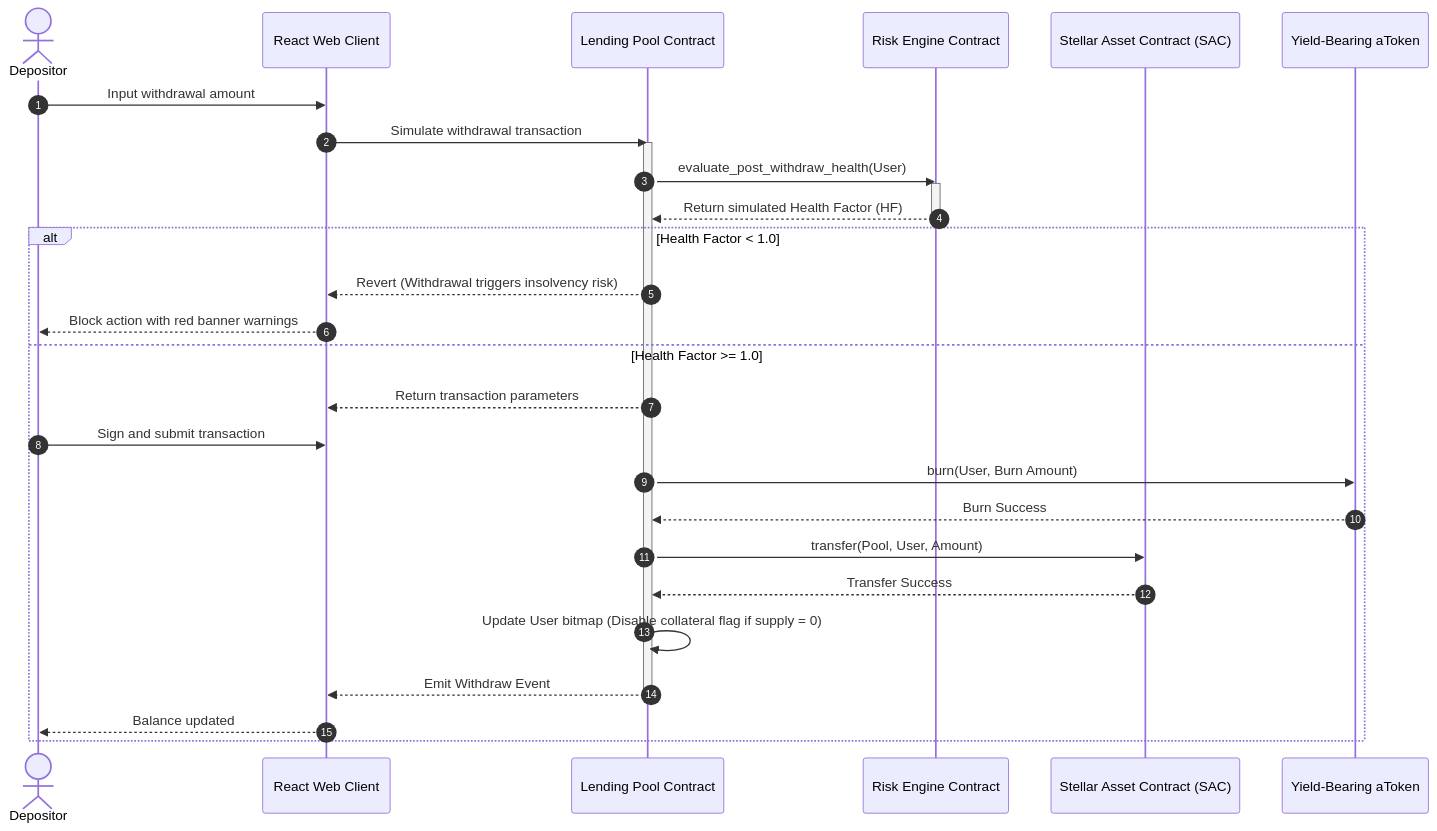
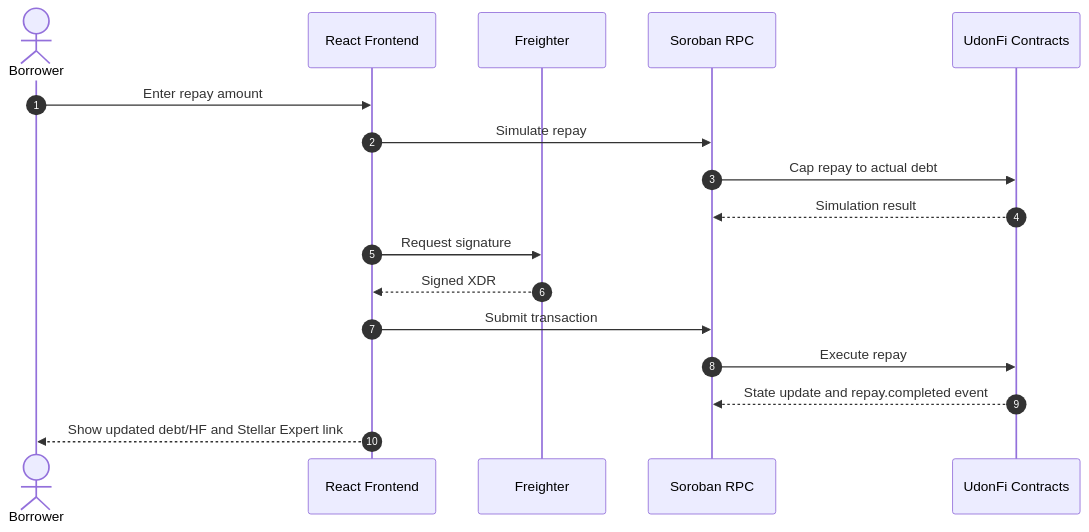
The fourth of 5 diagrams in docs/04-business-flows.md (TheAnh1404/UdonFi), drawn with Mermaid before and after one commit. The commit also changed other lines of this file and 191 other files, not shown here.

Commit message:
feat(core): implement core lending modules, withdraw logic, and update documentation

````diff
--- a/docs/04-business-flows.md
+++ b/docs/04-business-flows.md
@@ -114,34 +88,20 @@
 ```mermaid
 sequenceDiagram
     autonumber
-    actor User as Depositor
-    participant UI as React Web Client
-    participant Pool as Lending Pool Contract
-    participant Risk as Risk Engine Contract
-    participant Token as Stellar Asset Contract (SAC)
-    participant aToken as Yield-Bearing aToken
-    
-    User->>UI: Input withdrawal amount
-    UI->>Pool: Simulate withdrawal transaction
-    activate Pool
-    Pool->>Risk: evaluate_post_withdraw_health(User)
-    activate Risk
-    Risk-->>Pool: Return simulated Health Factor (HF)
-    deactivate Risk
-    
-    alt Health Factor < 1.0
-        Pool-->>UI: Revert (Withdrawal triggers insolvency risk)
-        UI-->>User: Block action with red banner warnings
-    else Health Factor >= 1.0
-        Pool-->>UI: Return transaction parameters
-        User->>UI: Sign and submit transaction
-        Pool->>aToken: burn(User, Burn Amount)
-        aToken-->>Pool: Burn Success
-        Pool->>Token: transfer(Pool, User, Amount)
-        Token-->>Pool: Transfer Success
-        Pool->>Pool: Update User bitmap (Disable collateral flag if supply = 0)
-        Pool-->>UI: Emit Withdraw Event
-        deactivate Pool
-        UI-->>User: Balance updated
-    end
+    actor User as Borrower
+    participant UI as React Frontend
+    participant Wallet as Freighter
+    participant RPC as Soroban RPC
+    participant Contracts as UdonFi Contracts
+
+    User->>UI: Enter repay amount
+    UI->>RPC: Simulate repay
+    RPC->>Contracts: Cap repay to actual debt
+    Contracts-->>RPC: Simulation result
+    UI->>Wallet: Request signature
+    Wallet-->>UI: Signed XDR
+    UI->>RPC: Submit transaction
+    RPC->>Contracts: Execute repay
+    Contracts-->>RPC: State update and repay.completed event
+    UI-->>User: Show updated debt/HF and Stellar Expert link
 ```
````
